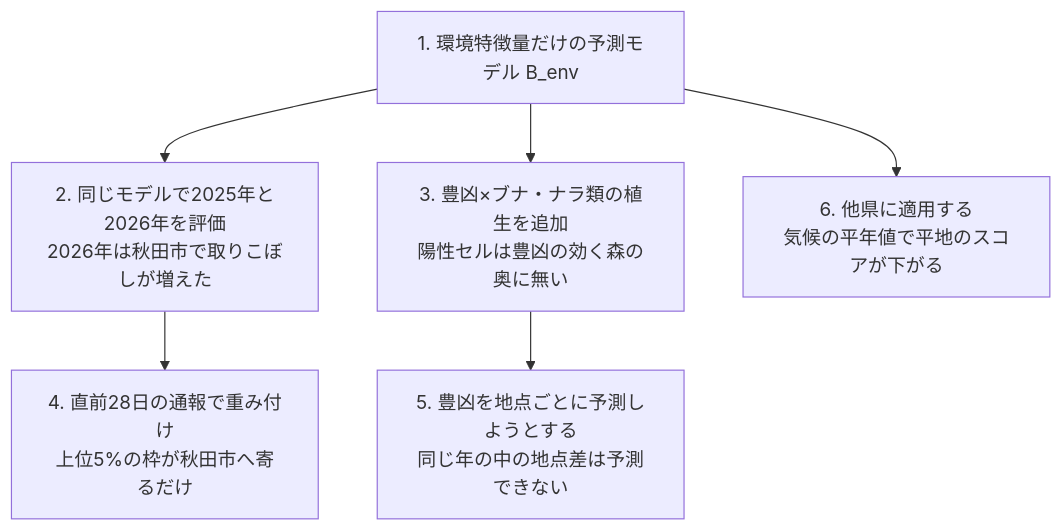
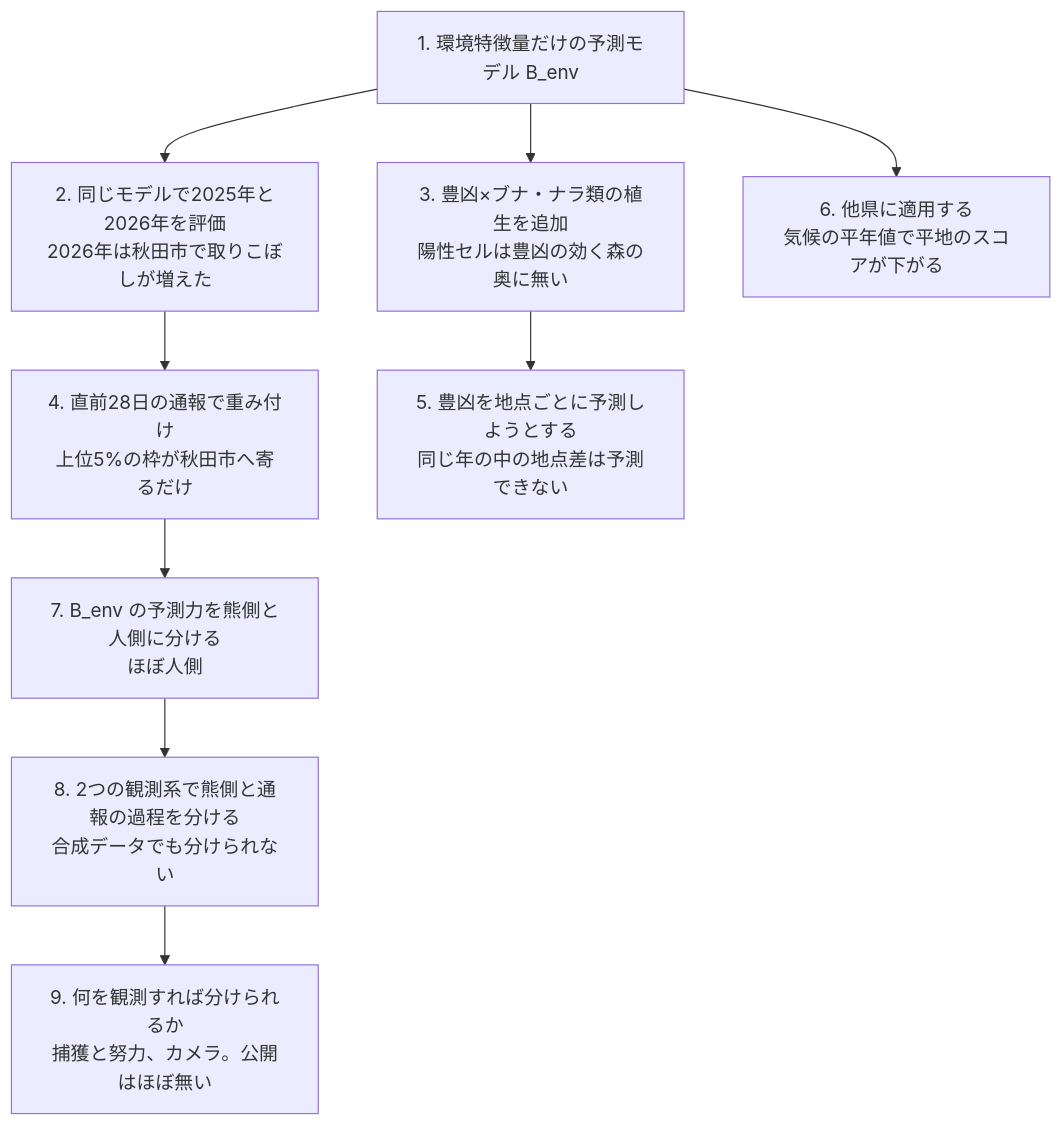
The diagram in site/src/content/reports/akita-bear-risk.md (yuiseki/GeoAI-master-skills), drawn with Mermaid before and after one commit. The commit also changed other lines of this file and 4 other files, not shown here.

````diff
--- a/site/src/content/reports/akita-bear-risk.md
+++ b/site/src/content/reports/akita-bear-risk.md
@@ -118,8 +128,11 @@
 ```mermaid
 flowchart TD
   A[1. 環境特徴量だけの予測モデル B_env] --> B[2. 同じモデルで2025年と2026年を評価<br>2026年は秋田市で取りこぼしが増えた]
   A --> C[3. 豊凶×ブナ・ナラ類の植生を追加<br>陽性セルは豊凶の効く森の奥に無い]
   B --> D[4. 直前28日の通報で重み付け<br>上位5%の枠が秋田市へ寄るだけ]
   C --> E[5. 豊凶を地点ごとに予測しようとする<br>同じ年の中の地点差は予測できない]
   A --> F[6. 他県に適用する<br>気候の平年値で平地のスコアが下がる]
+  D --> G[7. B_env の予測力を熊側と人側に分ける<br>ほぼ人側]
+  G --> H[8. 2つの観測系で熊側と通報の過程を分ける<br>合成データでも分けられない]
+  H --> I[9. 何を観測すれば分けられるか<br>捕獲と努力、カメラ。公開はほぼ無い]
 ```
````
